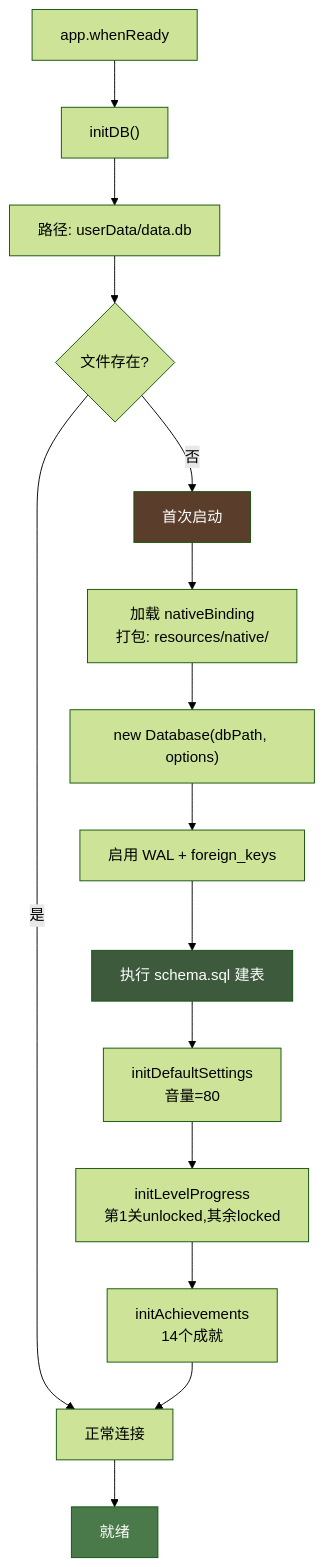
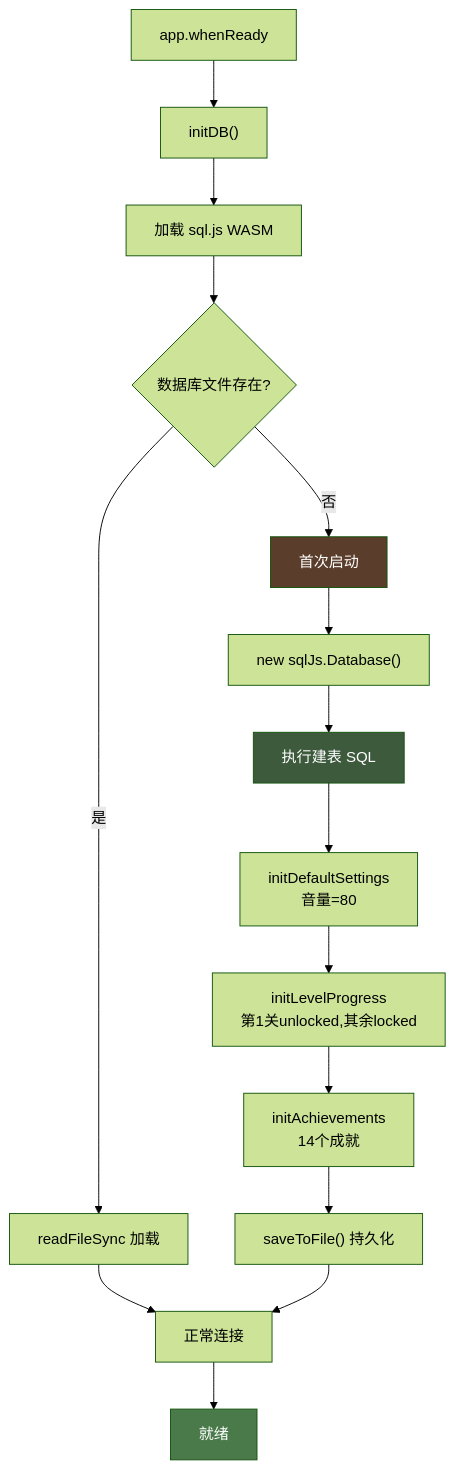
Before and after one commit to lbh1nb/BeastGame: the eighth of 28 diagrams in ARCHITECTURE.md, drawn with Mermaid (forest theme). The commit also changed other lines of this file and 25 other files, not shown here.

Commit message:
feat: v8 统一温和音效 + 删除音效选择功能 - 游戏内消除统一使用温和风铃音效(playGentleClickSound), 删除animalSoundMode音效模式选择, 加载界面装饰动物音效改为点击触发(playDecorAnimalSound), 连击音效仅在首次达到阈值时触发(3/5/7/10/15/20), 更新ARCHITECTURE.md和README.md

````diff
--- a/ARCHITECTURE.md
+++ b/ARCHITECTURE.md
@@ -260,21 +260,21 @@
 ```mermaid
 flowchart TD
     A["app.whenReady"] --> B["initDB()"]
-    B --> C["路径: userData/data.db"]
-    C --> D{"文件存在?"}
+    B --> C["加载 sql.js WASM"]
+    C --> D{"数据库文件存在?"}
     D -->|否| E["首次启动"]
-    E --> F["加载 nativeBinding<br/>打包: resources/native/"]
-    F --> G["new Database(dbPath, options)"]
-    G --> H["启用 WAL + foreign_keys"]
-    H --> I["执行 schema.sql 建表"]
-    I --> J["initDefaultSettings<br/>音量=80"]
-    J --> K["initLevelProgress<br/>第1关unlocked,其余locked"]
-    K --> L["initAchievements<br/>14个成就"]
-    D -->|是| M["正常连接"]
-    L --> M
+    E --> F["new sqlJs.Database()"]
+    F --> G["执行建表 SQL"]
+    G --> H["initDefaultSettings<br/>音量=80"]
+    H --> I["initLevelProgress<br/>第1关unlocked,其余locked"]
+    I --> J["initAchievements<br/>14个成就"]
+    J --> K["saveToFile() 持久化"]
+    D -->|是| L["readFileSync 加载"]
+    L --> M["正常连接"]
+    K --> M
     M --> N["就绪"]
 
     style E fill:#5a3d2b,color:#ffffff
-    style I fill:#3d5a3d,color:#ffffff
+    style G fill:#3d5a3d,color:#ffffff
     style N fill:#4a7a4a,color:#ffffff
 ```
````
